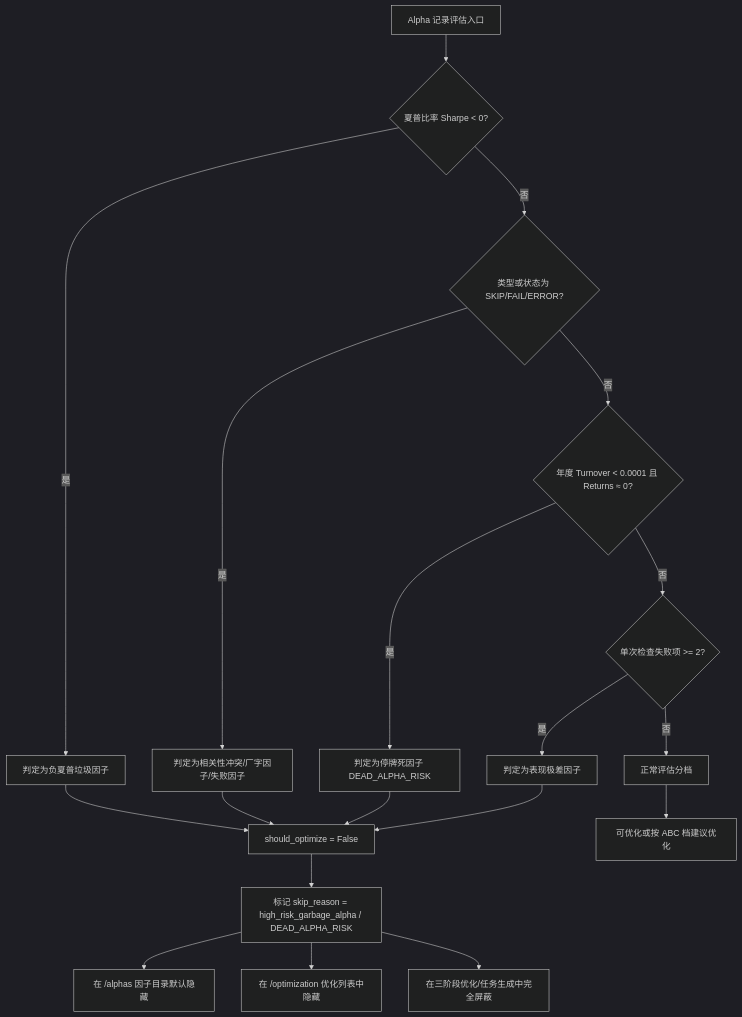
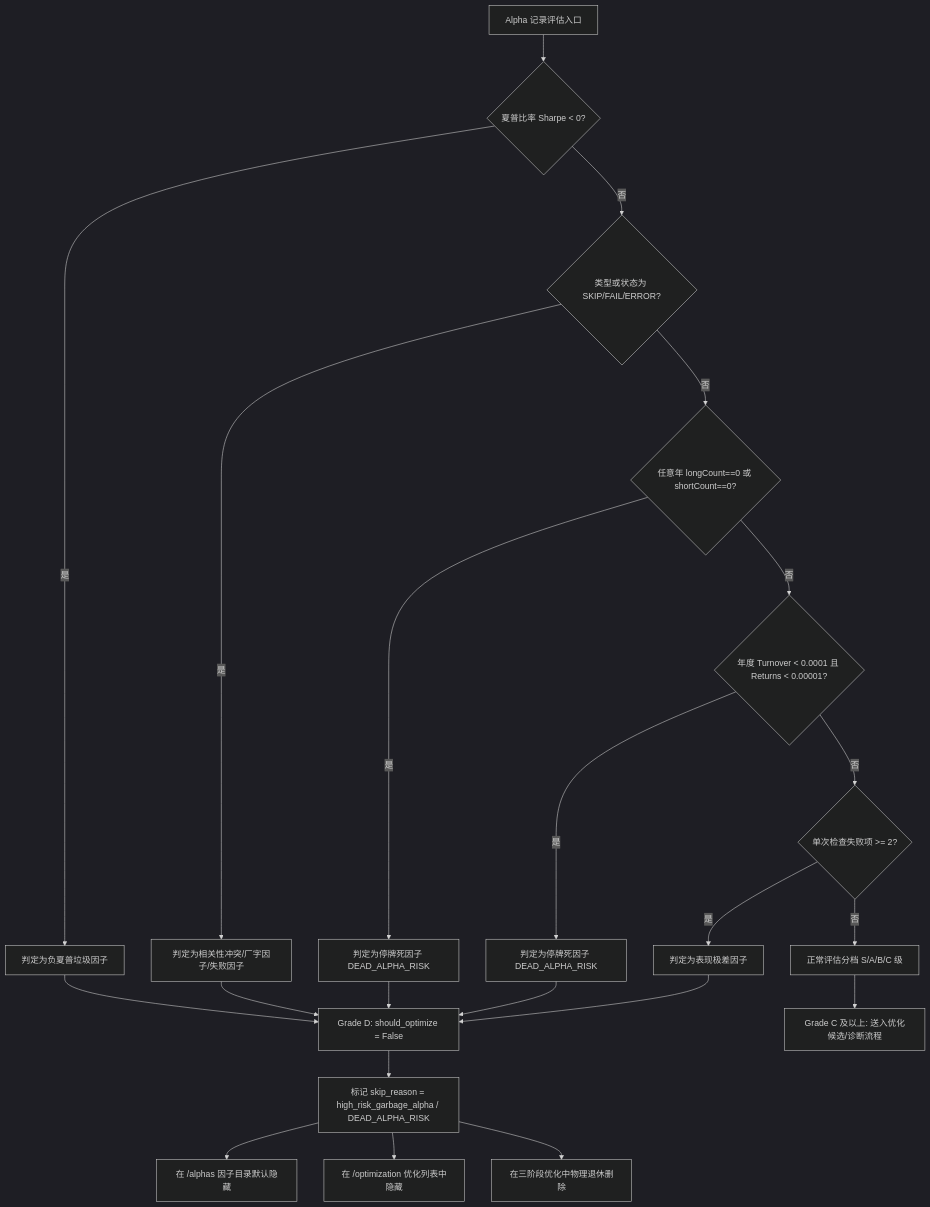
Before and after one commit to LuckDogGuan/WQ-Consultant: the first of 4 diagrams in doc/reference/alpha_assessment_and_grading.md, drawn with Mermaid (dark theme). The commit also changed other lines of this file and 1 other file, not shown here.

Commit message:
doc: restore 因子评级 filter and sub-ratings, update documentation and Mermaid flowcharts

````diff
--- a/doc/reference/alpha_assessment_and_grading.md
+++ b/doc/reference/alpha_assessment_and_grading.md
@@ -20,24 +23,27 @@
 ```mermaid
 graph TD
     A[Alpha 记录评估入口] --> B{夏普比率 Sharpe < 0?}
     B -->|是| C[判定为负夏普垃圾因子]
     B -->|否| D{类型或状态为 SKIP/FAIL/ERROR?}
     D -->|是| E[判定为相关性冲突/厂字因子/失败因子]
-    D -->|否| D2{年度 Turnover < 0.0001 且 Returns ≈ 0?}
-    D2 -->|是| E2[判定为停牌死因子 DEAD_ALPHA_RISK]
-    D2 -->|否| F{单次检查失败项 >= 2?}
+    D -->|否| D2{任意年 longCount==0 或 shortCount==0?}
+    D2 -->|是| E3[判定为停牌死因子 DEAD_ALPHA_RISK]
+    D2 -->|否| D3{年度 Turnover < 0.0001 且 Returns < 0.00001?}
+    D3 -->|是| E2[判定为停牌死因子 DEAD_ALPHA_RISK]
+    D3 -->|否| F{单次检查失败项 >= 2?}
     F -->|是| G[判定为表现极差因子]
-    F -->|否| H[正常评估分档]
+    F -->|否| H[正常评估分档 S/A/B/C 级]
 
-    C --> I[should_optimize = False]
+    C --> I[Grade D: should_optimize = False]
     E --> I
     E2 --> I
+    E3 --> I
     G --> I
 
     I --> J[标记 skip_reason = high_risk_garbage_alpha / DEAD_ALPHA_RISK]
     J --> K[在 /alphas 因子目录默认隐藏]
     J --> L[在 /optimization 优化列表中隐藏]
-    J --> M[在三阶段优化/任务生成中完全屏蔽]
+    J --> M[在三阶段优化中物理退休删除]
     
-    H --> N[可优化或按 ABC 档建议优化]
+    H --> N[Grade C 及以上: 送入优化候选/诊断流程]
 ```
````
